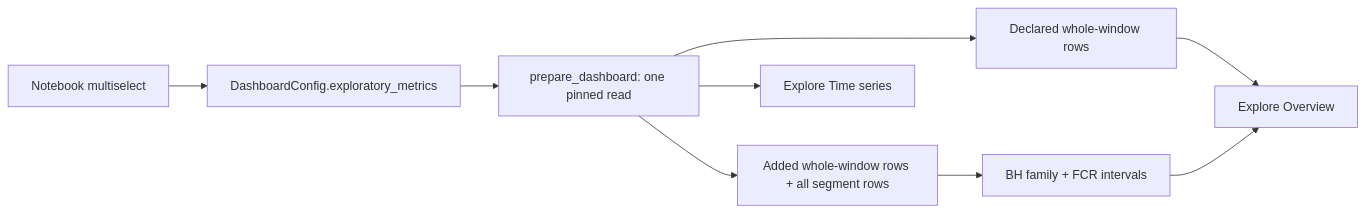
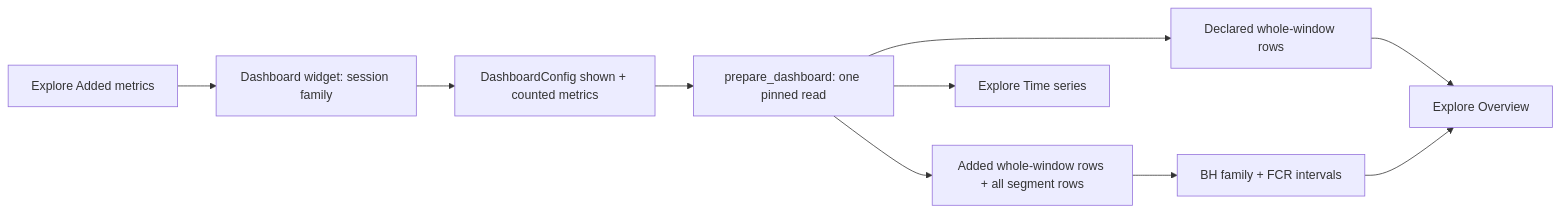
One commit to kylejcaron/increment changed the diagram in docs/superpowers/specs/2026-10-04-explore-overview-design.md. Above: the diagram before and after it, drawn with Mermaid. The commit also changed other lines of this file and 11 other files, not shown here.

First line of the commit message:
Address review findings on Explore overview and added metrics

````diff
--- a/docs/superpowers/specs/2026-10-04-explore-overview-design.md
+++ b/docs/superpowers/specs/2026-10-04-explore-overview-design.md
@@ -113,11 +137,12 @@
 ```mermaid
 flowchart LR
-  P[Notebook multiselect] --> C[DashboardConfig.exploratory_metrics]
+  P[Explore Added metrics] --> W[Dashboard widget: session family]
+  W --> C[DashboardConfig shown + counted metrics]
   C --> S[prepare_dashboard: one pinned read]
   S --> D[Declared whole-window rows]
   S --> E[Added whole-window rows + all segment rows]
   E --> F[BH family + FCR intervals]
   D --> O[Explore Overview]
   F --> O
   S --> T[Explore Time series]
 ```
````
